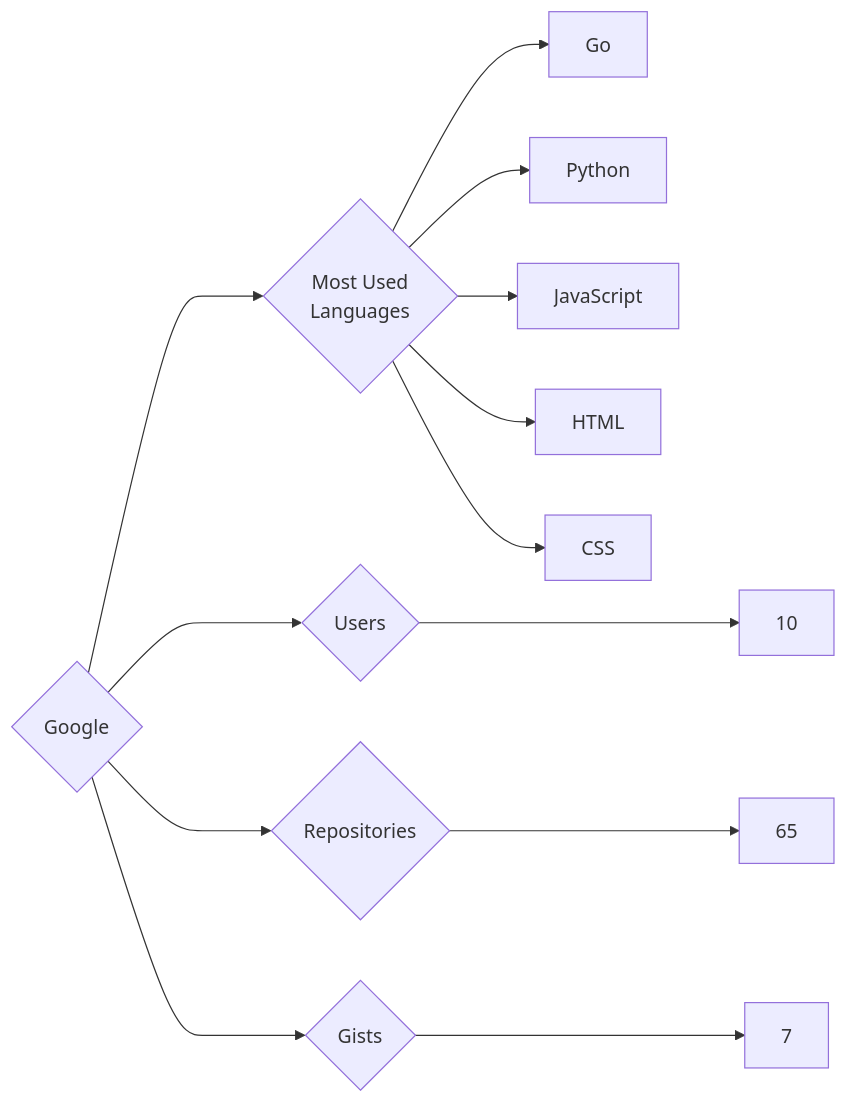
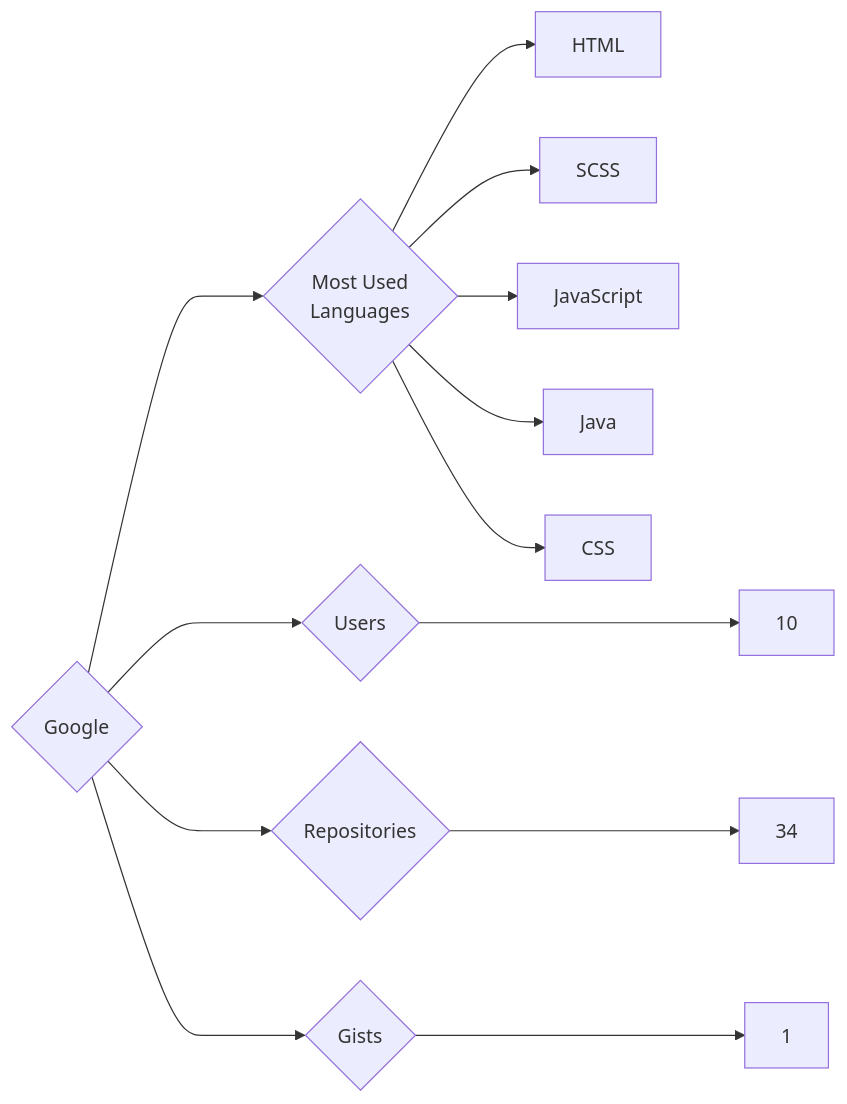
Before and after one commit to trickest/insiders: the diagram in targets/Google/README.md, drawn with Mermaid. The commit also changed 1170 other files, not shown here.

````diff
--- a/targets/Google/README.md
+++ b/targets/Google/README.md
@@ -3,13 +3,13 @@
 ```mermaid
 graph LR
 COMPANY_NAME{Google}
 COMPANY_NAME ---> U{Users} ---> UN[10]
-COMPANY_NAME ---> R{Repositories} ---> RN[65]
-COMPANY_NAME ---> G{Gists} ---> GN[7]
+COMPANY_NAME ---> R{Repositories} ---> RN[34]
+COMPANY_NAME ---> G{Gists} ---> GN[1]
 COMPANY_NAME ---> ML{Most Used<br>Languages}
-ML --> Go[Go]
-ML --> Python[Python]
+ML --> HTML[HTML]
+ML --> SCSS[SCSS]
 ML --> JavaScript[JavaScript]
-ML --> HTML[HTML]
+ML --> Java[Java]
 ML --> CSS[CSS]
 ```
````
